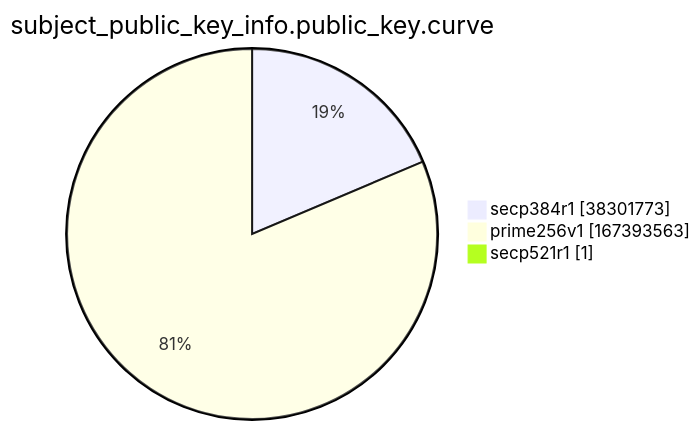
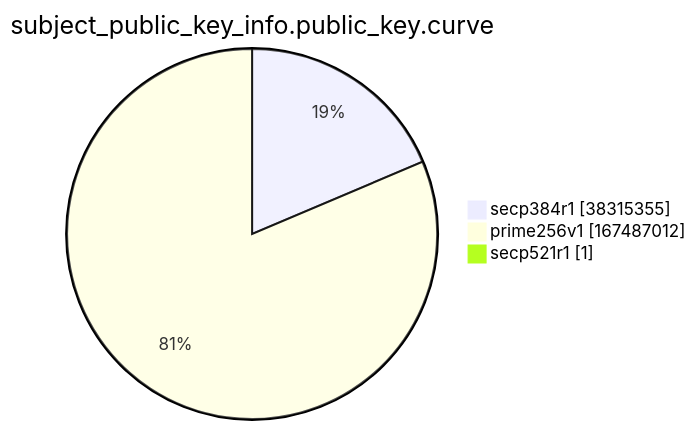
One commit to christiankrug/ctmonitor_visualization changed the ninth of 15 diagrams in argon2022/README.md. Above: the diagram before and after it, drawn with Mermaid. The commit also changed other lines of this file, not shown here.

````diff
--- a/argon2022/README.md
+++ b/argon2022/README.md
@@ -2766,7 +2766,7 @@
 ```mermaid
 pie showData
 title subject_public_key_info.public_key.curve
-"secp384r1" :38301773
-"prime256v1" :167393563
+"secp384r1" :38315355
+"prime256v1" :167487012
 "secp521r1" :1
 ```
````
